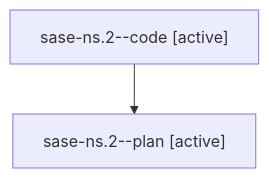
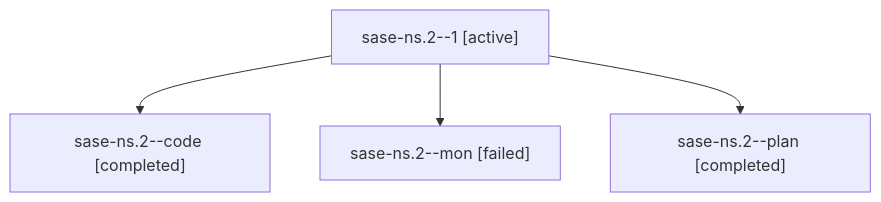
One commit to sase-org/sase--agents changed the diagram in families/bbugyi200.athena.sase-ns.2.md. Above: the diagram before and after it, drawn with Mermaid. The commit also changed other lines of this file and 97 other files, not shown here.

````diff
--- a/families/bbugyi200.athena.sase-ns.2.md
+++ b/families/bbugyi200.athena.sase-ns.2.md
@@ -9,6 +9,10 @@
 ```mermaid
 flowchart TD
-  n0["sase-ns.2--code [active]"]
-  n1["sase-ns.2--plan [active]"]
+  n0["sase-ns.2--1 [active]"]
+  n1["sase-ns.2--code [completed]"]
   n0 --> n1
+  n2["sase-ns.2--mon [failed]"]
+  n0 --> n2
+  n3["sase-ns.2--plan [completed]"]
+  n0 --> n3
 ```
````
